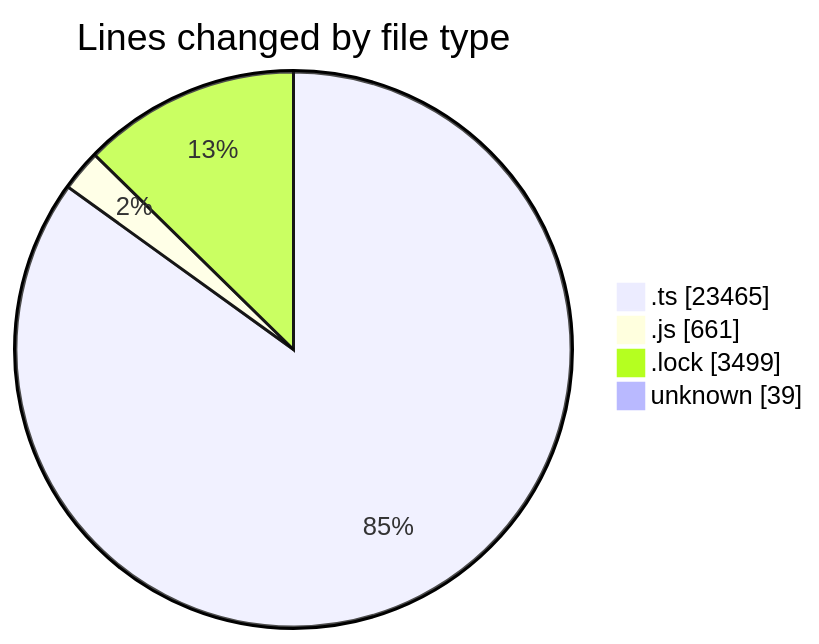
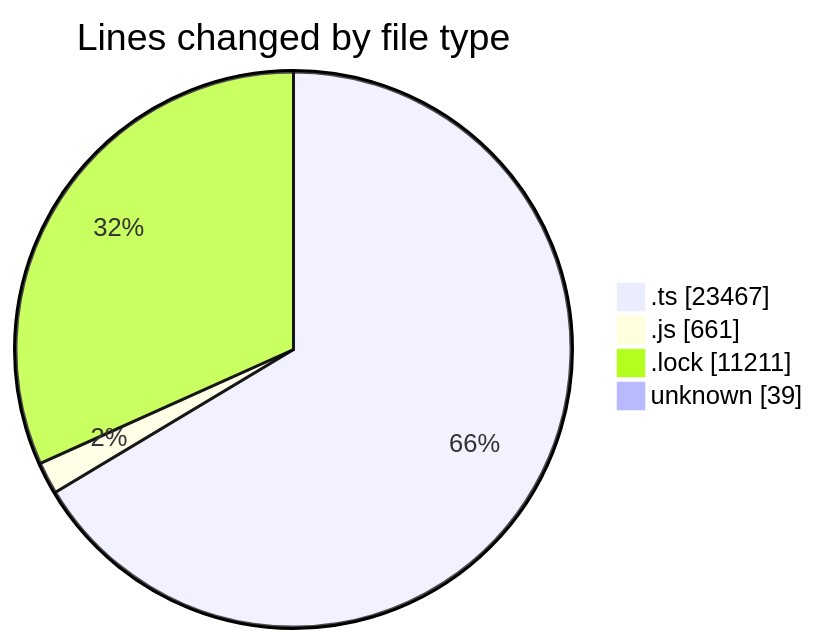
Before and after one commit to momahboobian/code-tracking: the first of 2 diagrams in 2025-05-20/cda/README.md, drawn with Mermaid. The commit also changed other lines of this file and 1 other file, not shown here.

````diff
--- a/2025-05-20/cda/README.md
+++ b/2025-05-20/cda/README.md
@@ -32,8 +33,8 @@
 ```mermaid
 pie showData
 title Lines changed by file type
-".ts" : 23465
+".ts" : 23467
 ".js" : 661
-".lock" : 3499
+".lock" : 11211
 "unknown" : 39
 ```
````
